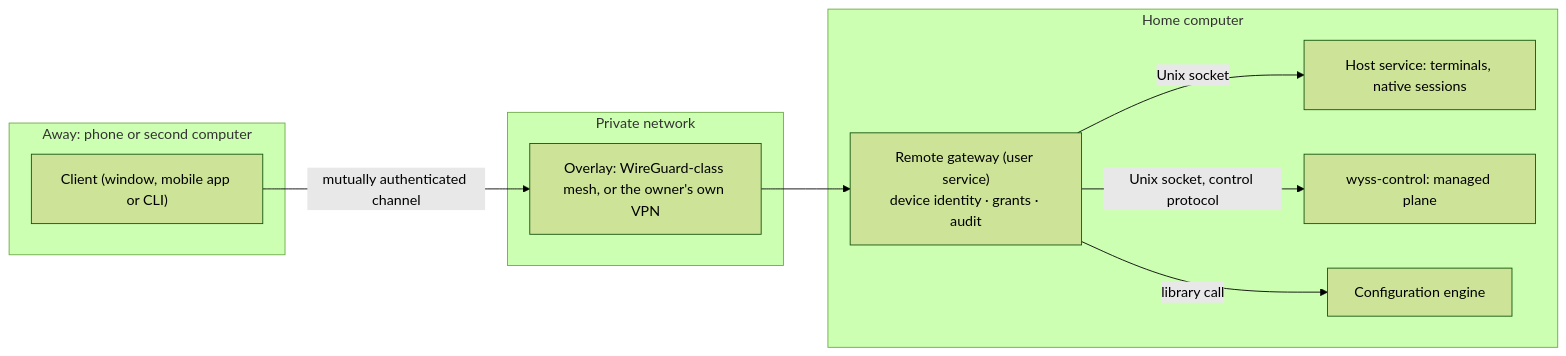
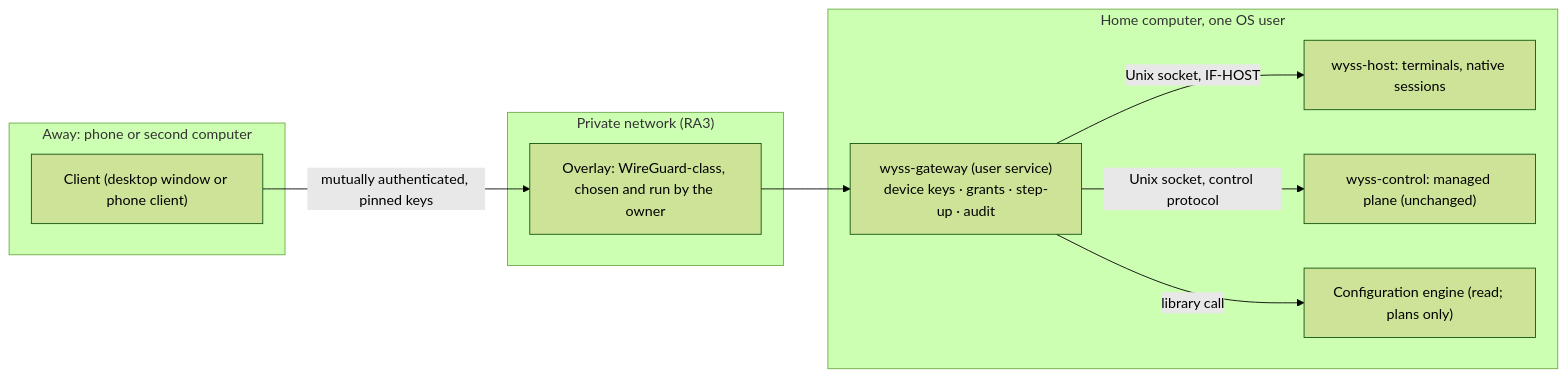
The second of 2 diagrams in docs/architecture/16-MULTI-DEVICE-AND-REMOTE.md (SaintWyss/wyss-console), drawn with Mermaid (forest theme) before and after one commit. The commit also changed other lines of this file and 8 other files, not shown here.

First line of the commit message:
docs: design host terminals and remote access (16)

````diff
--- a/docs/architecture/16-MULTI-DEVICE-AND-REMOTE.md
+++ b/docs/architecture/16-MULTI-DEVICE-AND-REMOTE.md
@@ -133,19 +445,19 @@
 ```mermaid
 flowchart LR
   subgraph Away["Away: phone or second computer"]
-    C["Client (window, mobile app or CLI)"]
+    C["Client (desktop window or phone client)"]
   end
-  subgraph Net["Private network"]
-    O["Overlay: WireGuard-class mesh, or the owner's own VPN"]
+  subgraph Net["Private network (RA3)"]
+    O["Overlay: WireGuard-class, chosen and run by the owner"]
   end
-  subgraph Home["Home computer"]
-    G["Remote gateway (user service)<br/>device identity · grants · audit"]
-    H["Host service: terminals, native sessions"]
-    W["wyss-control: managed plane"]
-    E["Configuration engine"]
+  subgraph Home["Home computer, one OS user"]
+    G["wyss-gateway (user service)<br/>device keys · grants · step-up · audit"]
+    H["wyss-host: terminals, native sessions"]
+    W["wyss-control: managed plane (unchanged)"]
+    E["Configuration engine (read; plans only)"]
   end
-  C -- "mutually authenticated channel" --> O --> G
-  G -- "Unix socket" --> H
+  C -- "mutually authenticated, pinned keys" --> O --> G
+  G -- "Unix socket, IF-HOST" --> H
   G -- "Unix socket, control protocol" --> W
   G -- "library call" --> E
 ```
````
